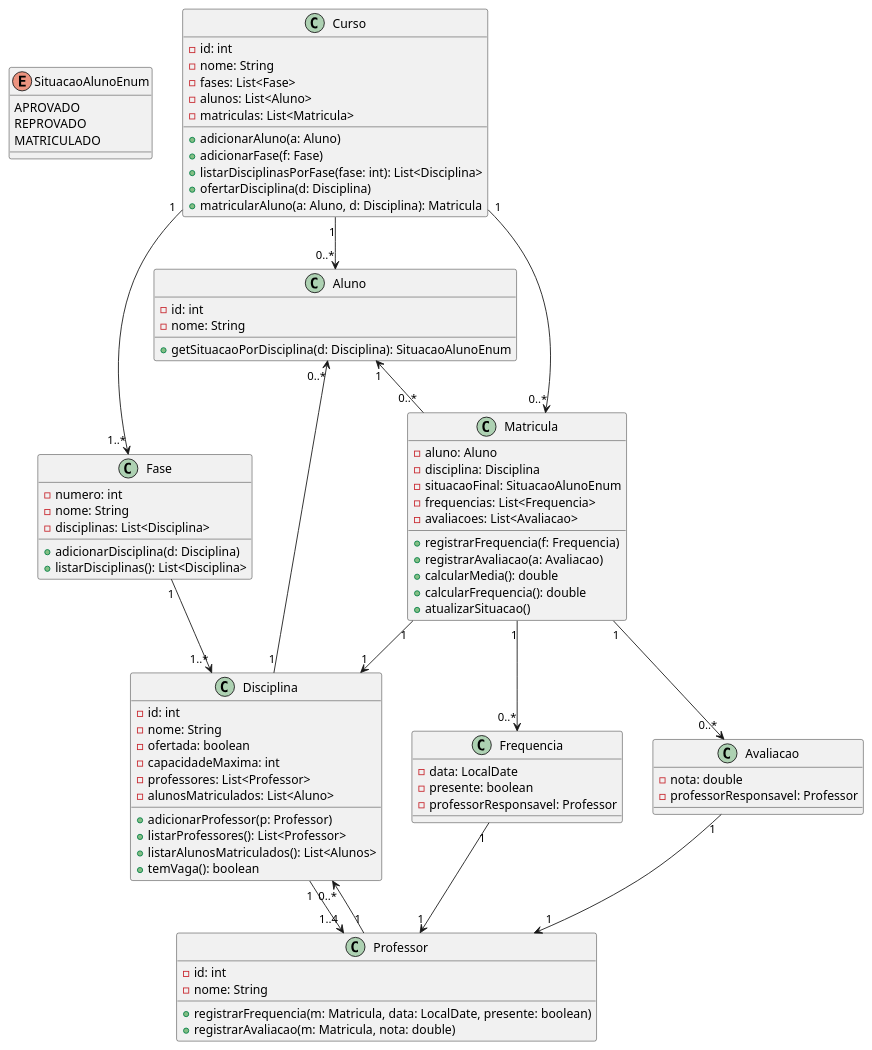
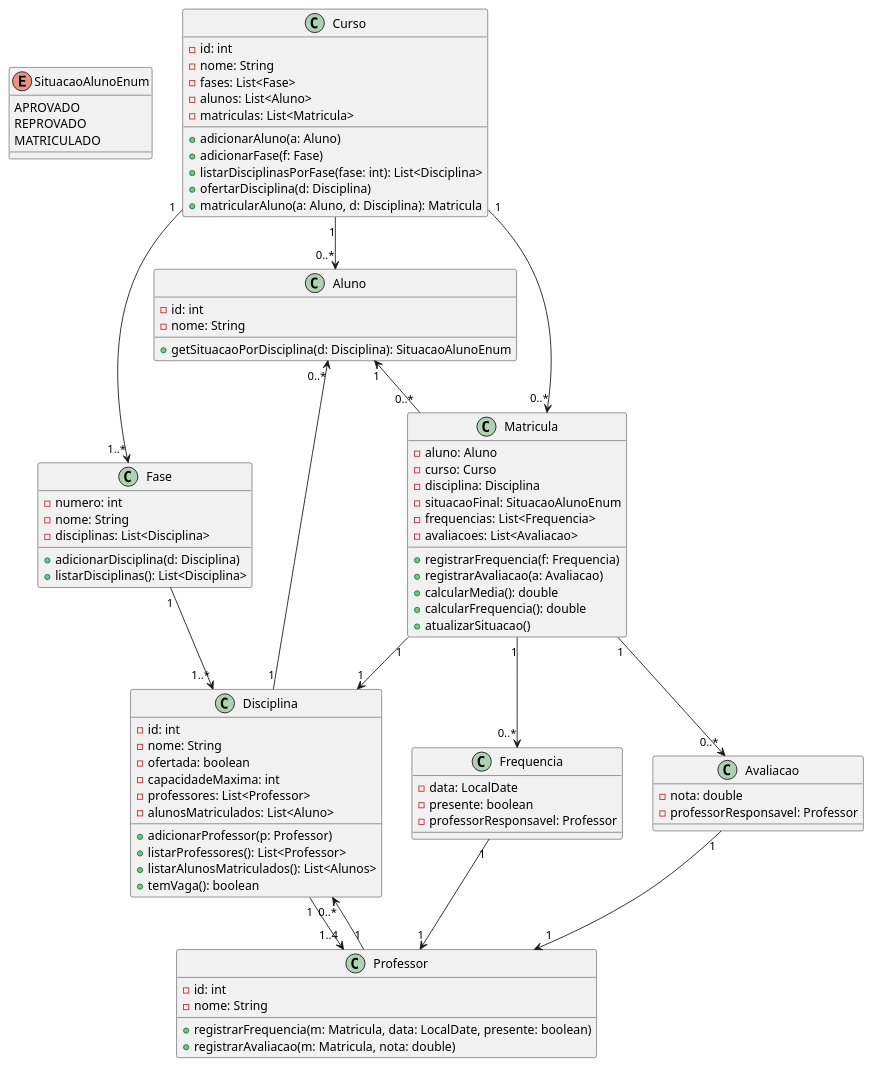
One commit to FuruyaSKR/POO2 changed the diagram in trabalhos/src/main/java/SistemaAcademico/sistema_academico_uml.puml. Above: the diagram before and after it, drawn with PlantUML. The commit also changed 11 other files, not shown here.

```diff
--- a/trabalhos/src/main/java/SistemaAcademico/sistema_academico_uml.puml
+++ b/trabalhos/src/main/java/SistemaAcademico/sistema_academico_uml.puml
@@ -1,104 +1,105 @@
 @startuml SistemaAcademicoFinal
 
 enum SituacaoAlunoEnum {
   APROVADO
   REPROVADO
   MATRICULADO
 }
 
 class Aluno {
   - id: int
   - nome: String
 
   + getSituacaoPorDisciplina(d: Disciplina): SituacaoAlunoEnum
 }
 
 class Curso {
   - id: int
   - nome: String
   - fases: List<Fase>
   - alunos: List<Aluno>
   - matriculas: List<Matricula>
 
   + adicionarAluno(a: Aluno)
   + adicionarFase(f: Fase)
   + listarDisciplinasPorFase(fase: int): List<Disciplina>
   + ofertarDisciplina(d: Disciplina)
   + matricularAluno(a: Aluno, d: Disciplina): Matricula
 }
 
 class Fase {
   - numero: int
   - nome: String
   - disciplinas: List<Disciplina>
 
   + adicionarDisciplina(d: Disciplina)
   + listarDisciplinas(): List<Disciplina>
 }
 
 class Disciplina {
   - id: int
   - nome: String
   - ofertada: boolean
   - capacidadeMaxima: int
   - professores: List<Professor>
   - alunosMatriculados: List<Aluno>
 
   + adicionarProfessor(p: Professor)
   + listarProfessores(): List<Professor>
   + listarAlunosMatriculados(): List<Alunos>
   + temVaga(): boolean
 }
 
 class Professor {
   - id: int
   - nome: String
 
   + registrarFrequencia(m: Matricula, data: LocalDate, presente: boolean)
   + registrarAvaliacao(m: Matricula, nota: double)
 }
 
 class Matricula {
   - aluno: Aluno
+  - curso: Curso
   - disciplina: Disciplina
   - situacaoFinal: SituacaoAlunoEnum
   - frequencias: List<Frequencia>
   - avaliacoes: List<Avaliacao>
 
   + registrarFrequencia(f: Frequencia)
   + registrarAvaliacao(a: Avaliacao)
   + calcularMedia(): double
   + calcularFrequencia(): double
   + atualizarSituacao()
 }
 
 class Frequencia {
   - data: LocalDate
   - presente: boolean
   - professorResponsavel: Professor
 }
 
 class Avaliacao {
   - nota: double
   - professorResponsavel: Professor
 }
 
 Curso "1" --> "1..*" Fase
 Fase "1" --> "1..*" Disciplina
 Curso "1" --> "0..*" Aluno
 Curso "1" --> "0..*" Matricula
 
 Disciplina "1" --> "1..4" Professor
 Professor "1" --> "0..*" Disciplina
 
 Disciplina "1" --> "0..*" Aluno
 
 Matricula "1" --> "1" Disciplina
 Aluno "1" <-- "0..*" Matricula
 
 Matricula "1" --> "0..*" Frequencia
 Matricula "1" --> "0..*" Avaliacao
 Frequencia "1" --> "1" Professor
 Avaliacao "1" --> "1" Professor
 
 @enduml
```
